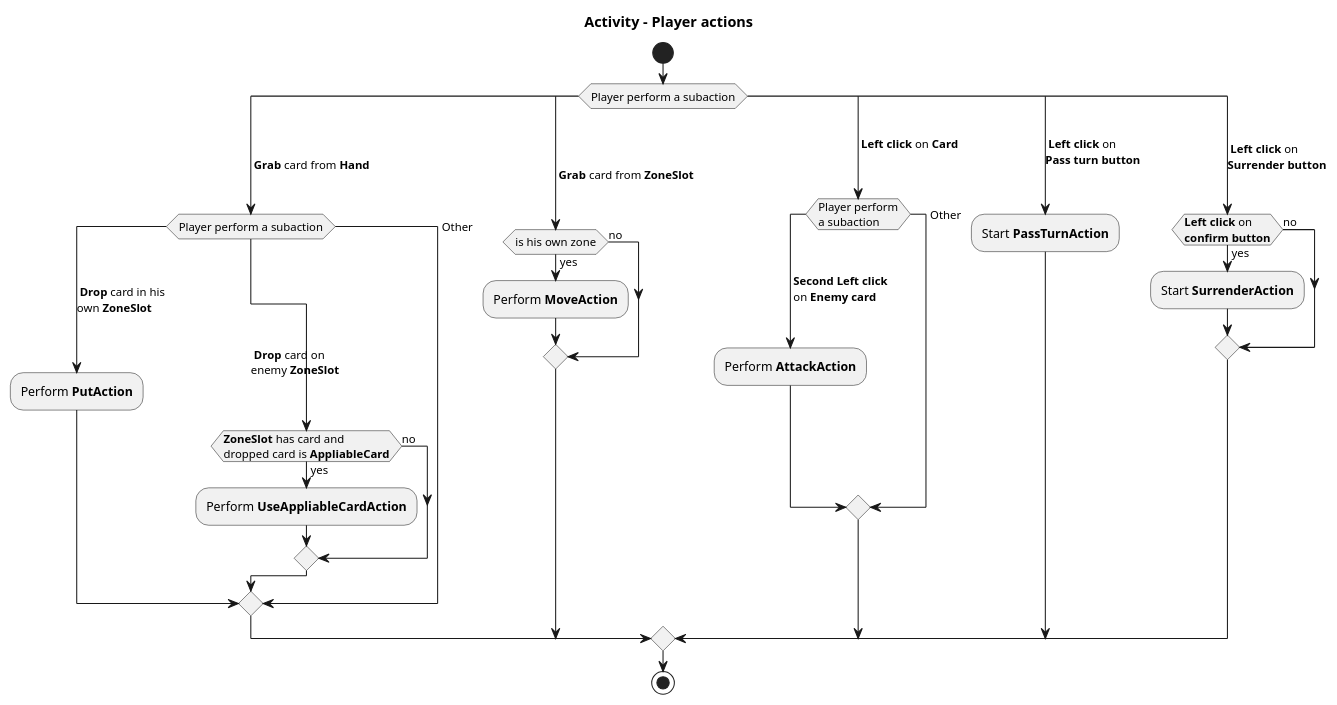
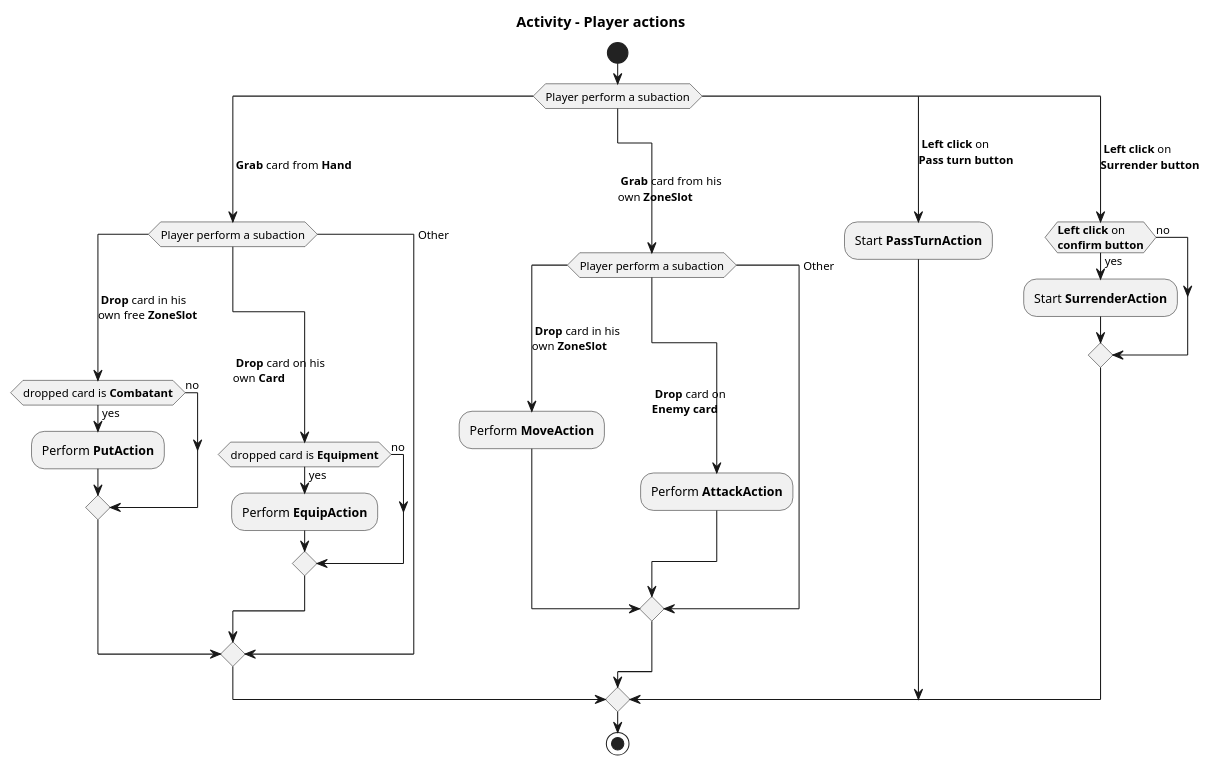
The diagram in docs/development/diagrams/activity-player_actions.plantuml (DainWs/Crazy-Random-Multiverse), drawn with PlantUML before and after one commit. The commit also changed 7 other files, not shown here.

Commit message:
update the diagrams and frontend actions to the current rules

```diff
--- a/docs/development/diagrams/activity-player_actions.plantuml
+++ b/docs/development/diagrams/activity-player_actions.plantuml
@@ -1,47 +1,47 @@
-@startuml 
+@startuml
 title "Activity - Player actions"
 !pragma useVerticalIf on
 
 start
 switch (Player perform a subaction)
 case (\n\n **Grab** card from **Hand**)
 
 	switch (Player perform a subaction)
-	case ( **Drop** card in his\nown **ZoneSlot**)
-		:Perform **PutAction**;
-	case (\n\n\n\n **Drop** card on\nenemy **ZoneSlot**)
-		if (**ZoneSlot** has card and\ndropped card is **AppliableCard**) then (yes)
-			:Perform **UseAppliableCardAction**;
+	case ( **Drop** card in his\nown free **ZoneSlot**)
+		if (dropped card is **Combatant**) then (yes)
+			:Perform **PutAction**;
+		else (no)
+		endif
+	case (\n\n\n\n **Drop** card on his\nown **Card**)
+		if (dropped card is **Equipment**) then (yes)
+			:Perform **EquipAction**;
 		else (no)
 		endif
 	case (Other)
 	endswitch
-	
-case (\n\n\n **Grab** card from **ZoneSlot**)
-	if (is his own zone) then (yes)
+
+case (\n\n\n **Grab** card from his\nown **ZoneSlot**)
+
+	switch (Player perform a subaction)
+	case ( **Drop** card in his\nown **ZoneSlot**)
 		:Perform **MoveAction**;
-	else (no)
-	endif
-case (\n **Left click** on **Card**)
-
-	switch (Player perform\na subaction)
-	case (\n **Second Left click**\n on **Enemy card**)
+	case (\n\n\n\n **Drop** card on\n**Enemy card**)
 		:Perform **AttackAction**;
 	case (Other)
 	endswitch
 
 case (\n **Left click** on\n**Pass turn button**)
 	:Start **PassTurnAction**;
 case (\n **Left click** on\n**Surrender button**)
 	if (**Left click** on\n**confirm button**) then (yes)
 		:Start **SurrenderAction**;
 	else (no)
 	endif
 endswitch
 
 
 
 
 
 stop
 @enduml
```
